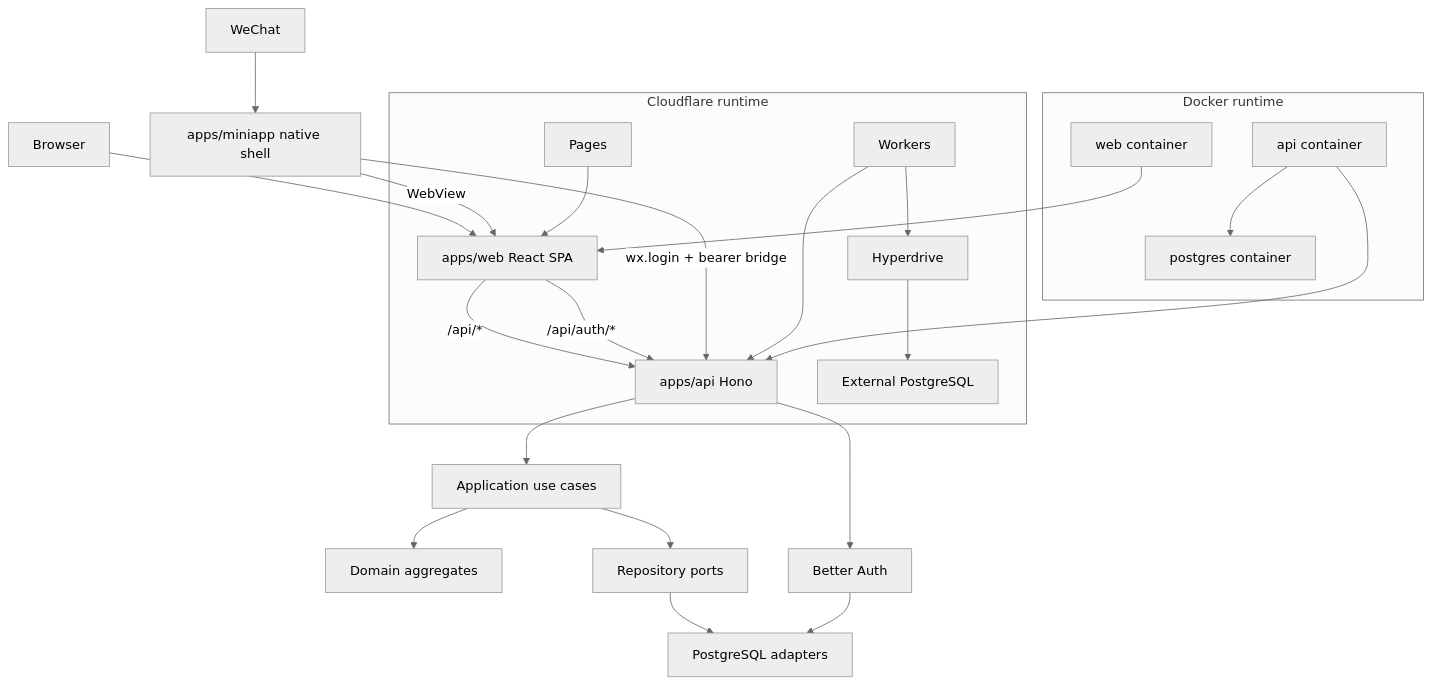
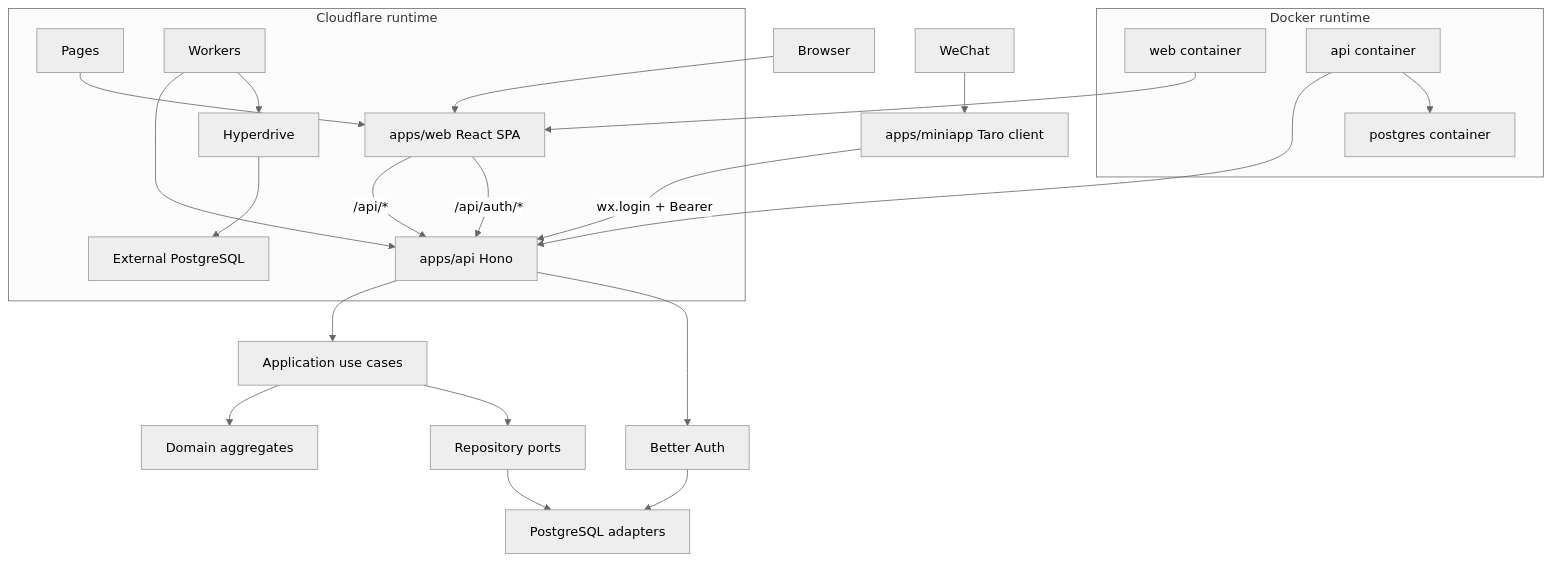
One commit to stvlynn/OpenTrip changed the diagram in docs/project/architecture.md. Above: the diagram before and after it, drawn with Mermaid (neutral theme). The commit also changed other lines of this file and 176 other files, not shown here.

First line of the commit message:
feat(miniapp): update WeChat Mini Program configuration and documentation

````diff
--- a/docs/project/architecture.md
+++ b/docs/project/architecture.md
@@ -9,25 +9,24 @@
 ```mermaid
 flowchart TD
   browser[Browser] --> web[apps/web React SPA]
-  wechat[WeChat] --> miniapp[apps/miniapp native shell]
-  miniapp -->|WebView| web
+  wechat[WeChat] --> miniapp[apps/miniapp Taro client]
   web -->|"/api/*"| api[apps/api Hono]
   web -->|"/api/auth/*"| api
-  miniapp -->|"wx.login + bearer bridge"| api
+  miniapp -->|"wx.login + Bearer"| api
   api --> app[Application use cases]
   app --> domain[Domain aggregates]
   app --> ports[Repository ports]
   ports --> pg[PostgreSQL adapters]
   api --> auth[Better Auth]
   auth --> pg
   subgraph cf [Cloudflare runtime]
     pages[Pages] --> web
     worker[Workers] --> api
     worker --> hyperdrive[Hyperdrive] --> extpg[External PostgreSQL]
   end
   subgraph dk [Docker runtime]
     webc[web container] --> web
     apic[api container] --> api
     apic --> pgc[postgres container]
   end
 ```
````
